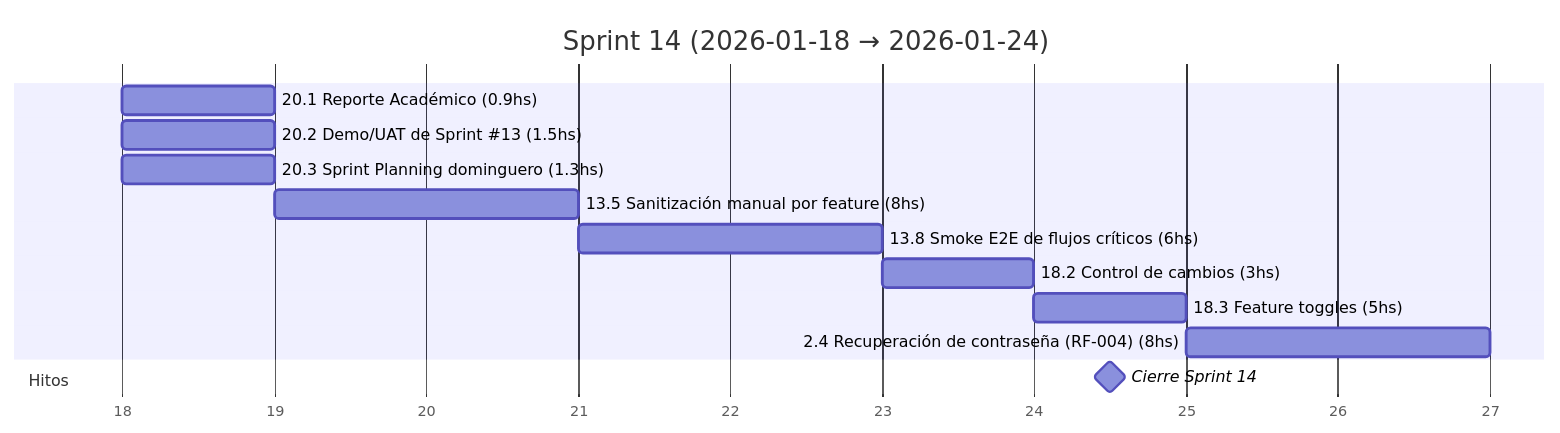
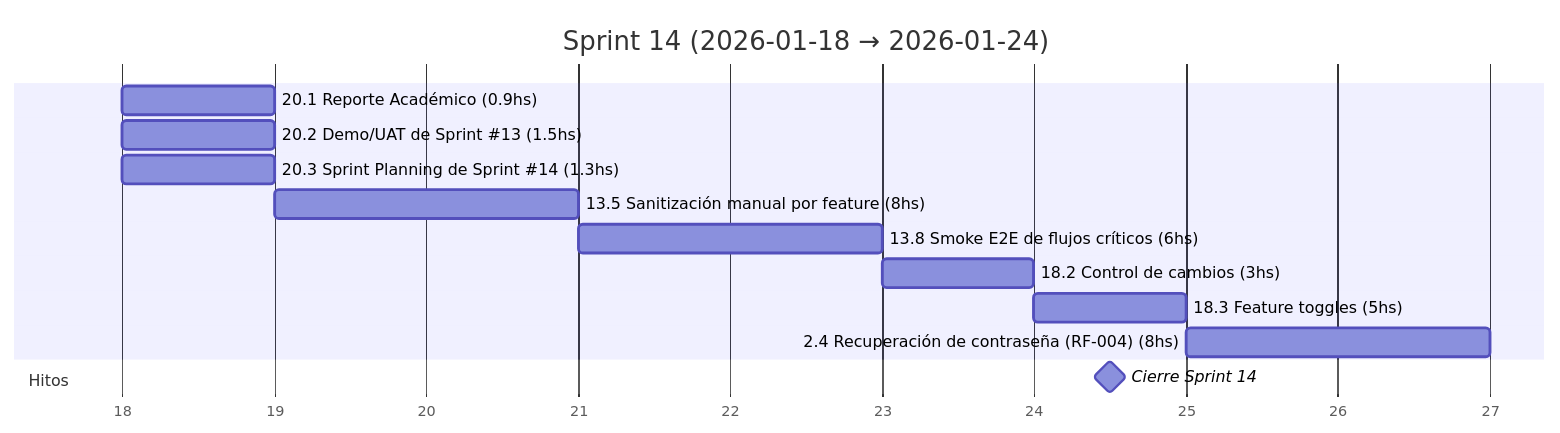
Diagram 15 of 19 in docs/SprintsGantts.md (MarkMed/FleetMan), drawn with Mermaid before and after one commit. The commit also changed other lines of this file and 2 other files, not shown here.

Commit message:
feat: Update Sprint Planning references to include specific sprint numbers

````diff
--- a/docs/SprintsGantts.md
+++ b/docs/SprintsGantts.md
@@ -435,20 +435,20 @@
 ```mermaid
 gantt
   title Sprint 14 (2026-01-18 → 2026-01-24)
   dateFormat  YYYY-MM-DD
   axisFormat  %d
 
   %% Asumimos 5 h/día. Horas estimadas incluidas en el nombre.
 
   20.1 Reporte Académico (0.9hs)               :t201, 2026-01-18, 1d
   20.2 Demo/UAT de Sprint #13 (1.5hs)          :t202, 2026-01-18, 1d
-  20.3 Sprint Planning dominguero (1.3hs)      :t203, 2026-01-18, 1d
+  20.3 Sprint Planning de Sprint #14 (1.3hs)      :t203, 2026-01-18, 1d
   13.5 Sanitización manual por feature (8hs)   :t135, after t203, 2d
   13.8 Smoke E2E de flujos críticos (6hs)      :t138, after t135, 2d
   18.2 Control de cambios (3hs)                :t182, after t138, 1d
   18.3 Feature toggles (5hs)                   :t183, after t182, 1d
   2.4 Recuperación de contraseña (RF-004) (8hs) :t24, after t183, 2d
 
   section Hitos
   Cierre Sprint 14                             :milestone, s14, 2026-01-24, 1d
 ```
````
